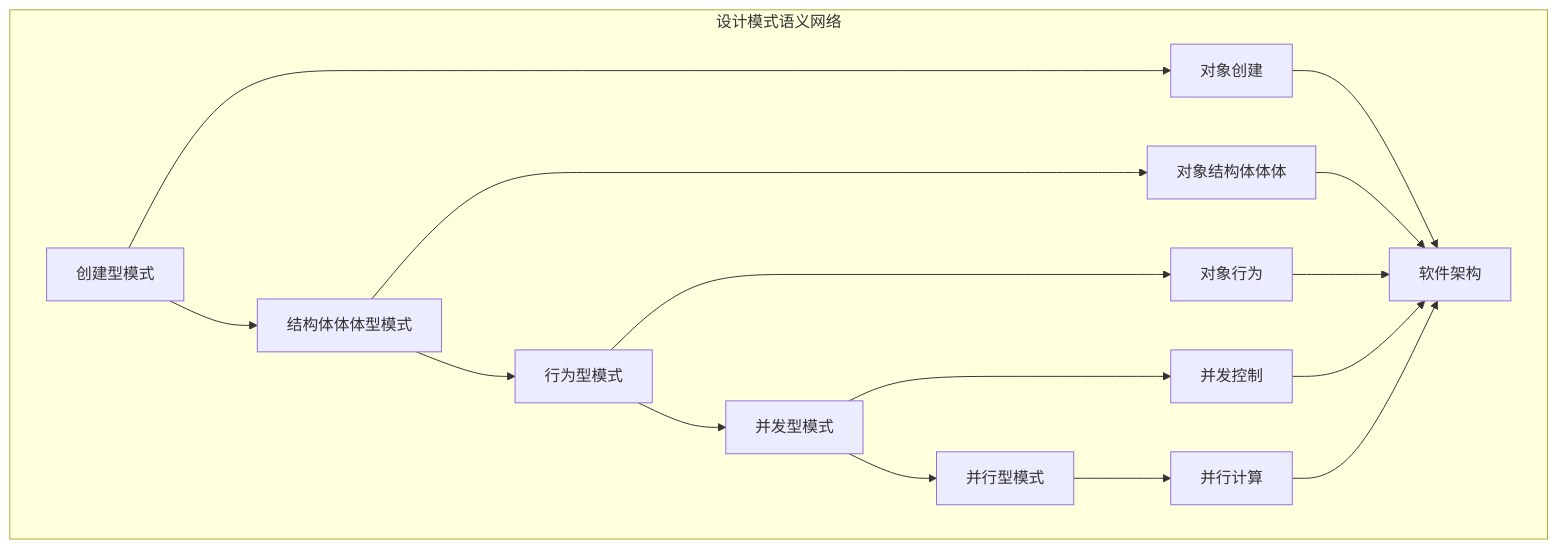
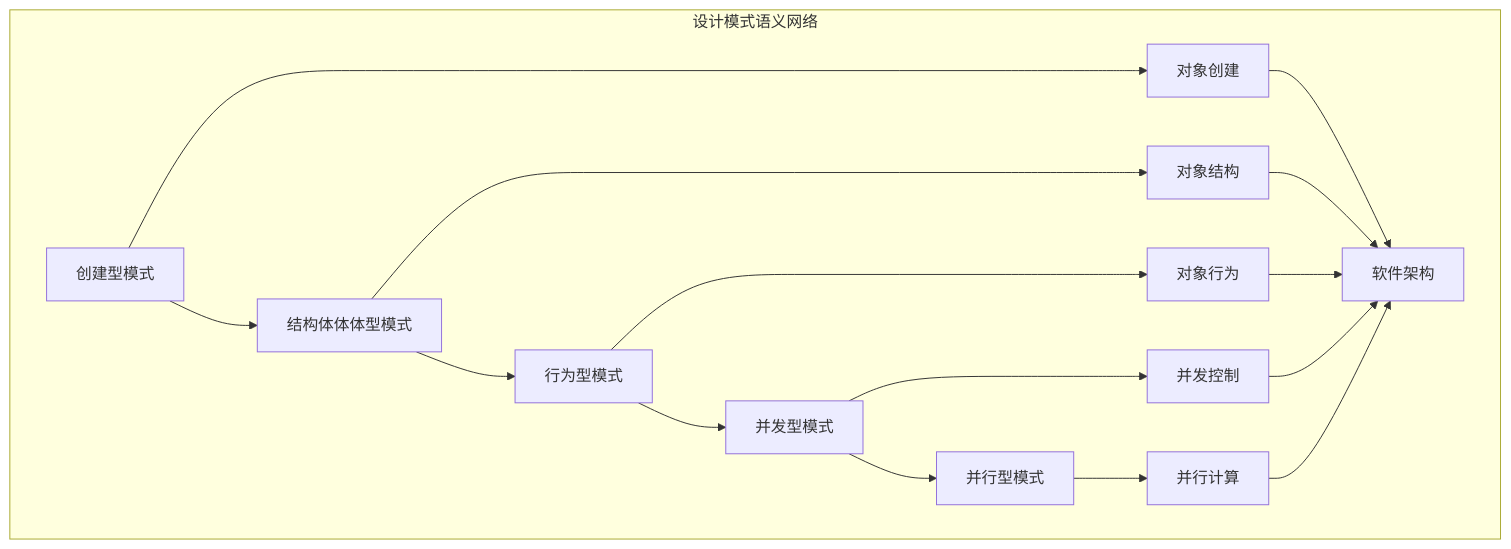
The diagram in formal_rust/refactor/02_design_patterns/00_index.md (martin-ly/rust-lang), drawn with Mermaid before and after one commit. The commit also changed other lines of this file and 83 other files, not shown here.

````diff
--- a/formal_rust/refactor/02_design_patterns/00_index.md
+++ b/formal_rust/refactor/02_design_patterns/00_index.md
@@ -140,21 +150,21 @@
 ```mermaid
 graph TB
     subgraph "设计模式语义网络"
         A[创建型模式] --> B[结构体体体型模式]
         B --> C[行为型模式]
         C --> D[并发型模式]
         D --> E[并行型模式]
         
         A --> F[对象创建]
-        B --> G[对象结构体体体]
+        B --> G[对象结构]
         C --> H[对象行为]
         D --> I[并发控制]
         E --> J[并行计算]
         
         F --> K[软件架构]
         G --> K
         H --> K
         I --> K
         J --> K
     end
 ```
````
